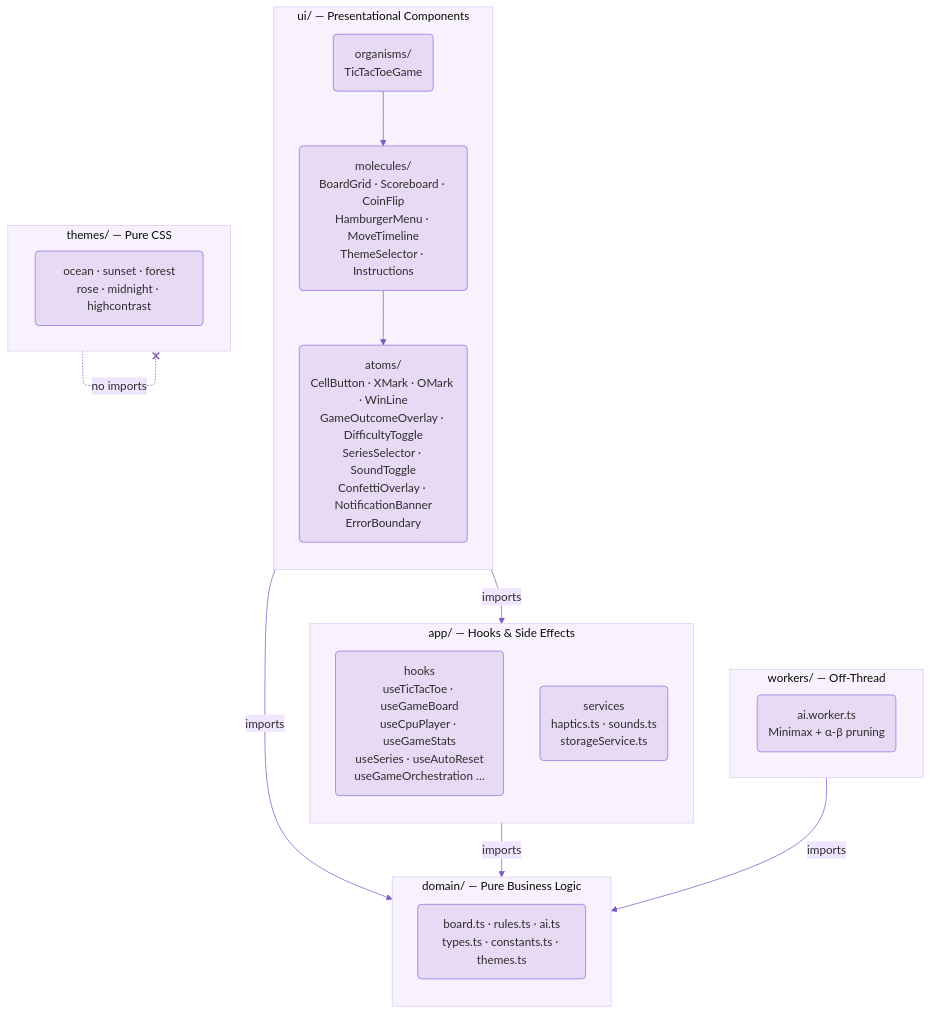
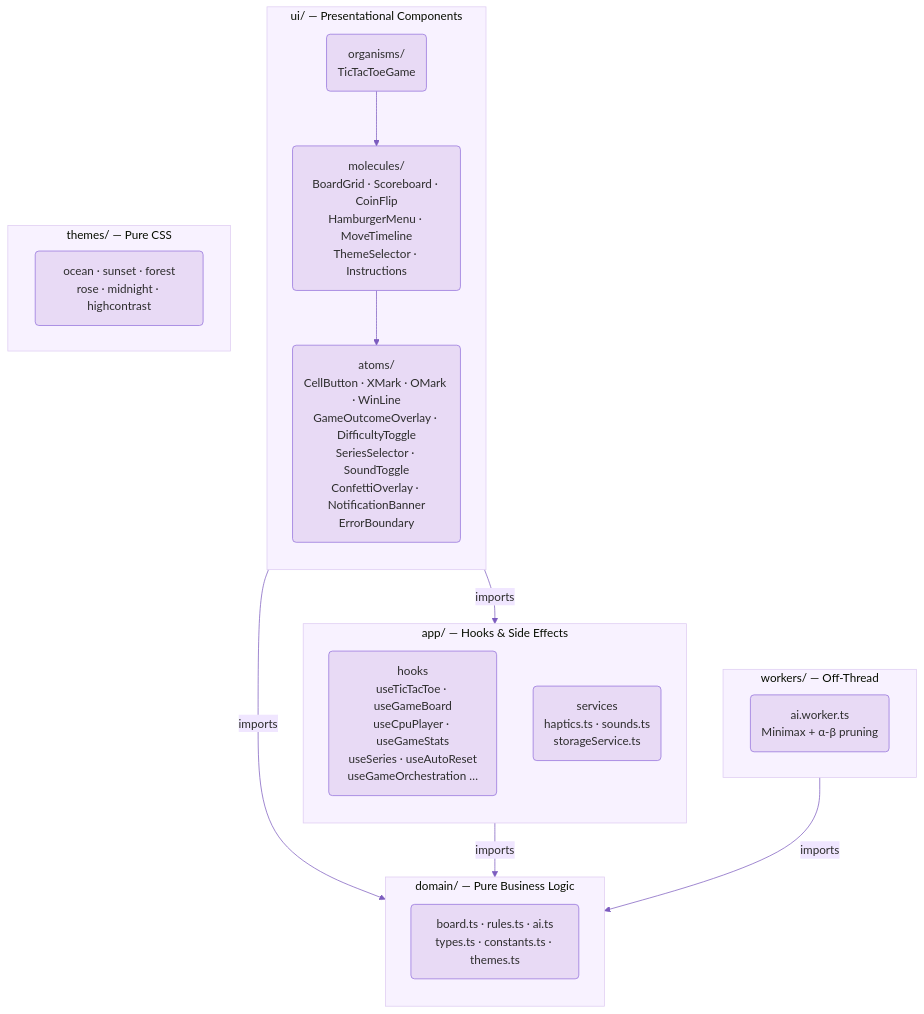
The first of 9 diagrams in README.md (scottdreinhart/tictactoe), drawn with Mermaid before and after one commit. The commit also changed other lines of this file, not shown here.

Commit message:
docs: replace \n with <br/> in Mermaid labels + remove themes self-loop

````diff
--- a/README.md
+++ b/README.md
@@ -369,36 +369,35 @@
 ```mermaid
 %%{init: {'theme': 'base', 'themeVariables': {'primaryColor': '#e8daf5', 'primaryTextColor': '#2d2d2d', 'primaryBorderColor': '#9370DB', 'lineColor': '#7c5cbf', 'secondaryColor': '#f0e6ff', 'tertiaryColor': '#f8f2ff', 'fontFamily': 'system-ui'}}}%%
 graph TD
   subgraph UI["ui/ — Presentational Components"]
     direction TB
-    organisms("organisms/\nTicTacToeGame")
-    molecules("molecules/\nBoardGrid · Scoreboard · CoinFlip\nHamburgerMenu · MoveTimeline\nThemeSelector · Instructions")
-    atoms("atoms/\nCellButton · XMark · OMark · WinLine\nGameOutcomeOverlay · DifficultyToggle\nSeriesSelector · SoundToggle\nConfettiOverlay · NotificationBanner\nErrorBoundary")
+    organisms("organisms/<br/>TicTacToeGame")
+    molecules("molecules/<br/>BoardGrid · Scoreboard · CoinFlip<br/>HamburgerMenu · MoveTimeline<br/>ThemeSelector · Instructions")
+    atoms("atoms/<br/>CellButton · XMark · OMark · WinLine<br/>GameOutcomeOverlay · DifficultyToggle<br/>SeriesSelector · SoundToggle<br/>ConfettiOverlay · NotificationBanner<br/>ErrorBoundary")
     organisms --> molecules --> atoms
   end
 
   subgraph APP["app/ — Hooks & Side Effects"]
     direction TB
-    hooks("hooks\nuseTicTacToe · useGameBoard\nuseCpuPlayer · useGameStats\nuseSeries · useAutoReset\nuseGameOrchestration …")
-    services("services\nhaptics.ts · sounds.ts\nstorageService.ts")
+    hooks("hooks<br/>useTicTacToe · useGameBoard<br/>useCpuPlayer · useGameStats<br/>useSeries · useAutoReset<br/>useGameOrchestration …")
+    services("services<br/>haptics.ts · sounds.ts<br/>storageService.ts")
   end
 
   subgraph DOMAIN["domain/ — Pure Business Logic"]
     direction TB
-    core("board.ts · rules.ts · ai.ts\ntypes.ts · constants.ts · themes.ts")
+    core("board.ts · rules.ts · ai.ts<br/>types.ts · constants.ts · themes.ts")
   end
 
   subgraph WORKERS["workers/ — Off-Thread"]
-    worker("ai.worker.ts\nMinimax + α-β pruning")
+    worker("ai.worker.ts<br/>Minimax + α-β pruning")
   end
 
   subgraph THEMES["themes/ — Pure CSS"]
-    css("ocean · sunset · forest\nrose · midnight · highcontrast")
+    css("ocean · sunset · forest<br/>rose · midnight · highcontrast")
   end
 
   UI -->|imports| APP
   UI -->|imports| DOMAIN
   APP -->|imports| DOMAIN
   WORKERS -->|imports| DOMAIN
-  THEMES -.-x|no imports| THEMES
 ```
````
